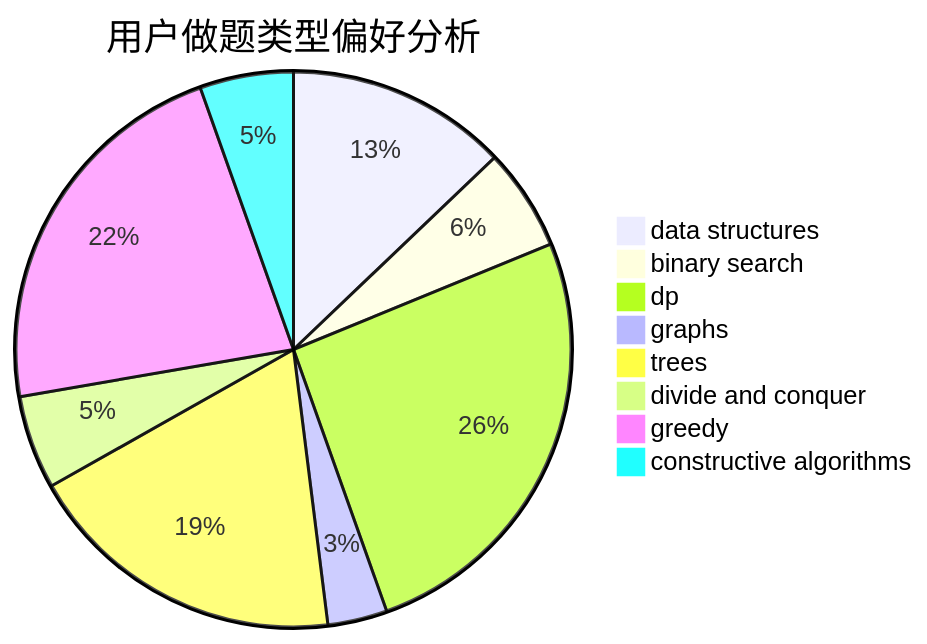
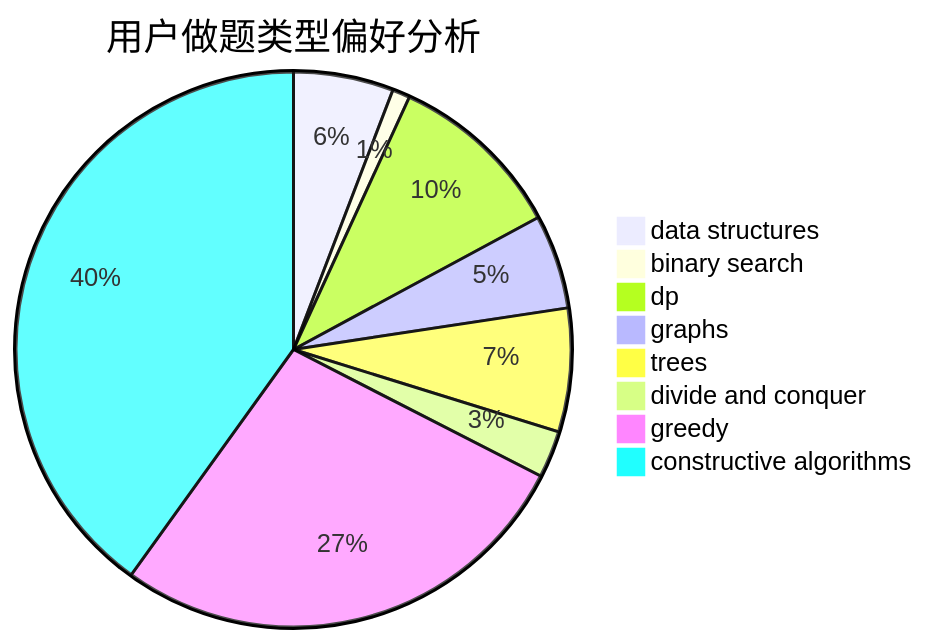
The second of 3 diagrams in docs/user/u2310.md (sherpahu/cfrs.github.io), drawn with Mermaid before and after one commit. The commit also changed other lines of this file and 2770 other files, not shown here.

````diff
--- a/docs/user/u2310.md
+++ b/docs/user/u2310.md
@@ -23,11 +23,11 @@
 ```mermaid
 pie title 用户做题类型偏好分析
-    "data structures" :  26
-    "binary search" :  12
-    "dp" :  52
-    "graphs" :  7
-    "trees" :  38
-    "divide and conquer" :  11
-    "greedy" :  45
-    "constructive algorithms" :  11
+    "data structures" :  17
+    "binary search" :  3
+    "dp" :  30
+    "graphs" :  16
+    "trees" :  21
+    "divide and conquer" :  8
+    "greedy" :  80
+    "constructive algorithms" :  117
 ```
````
